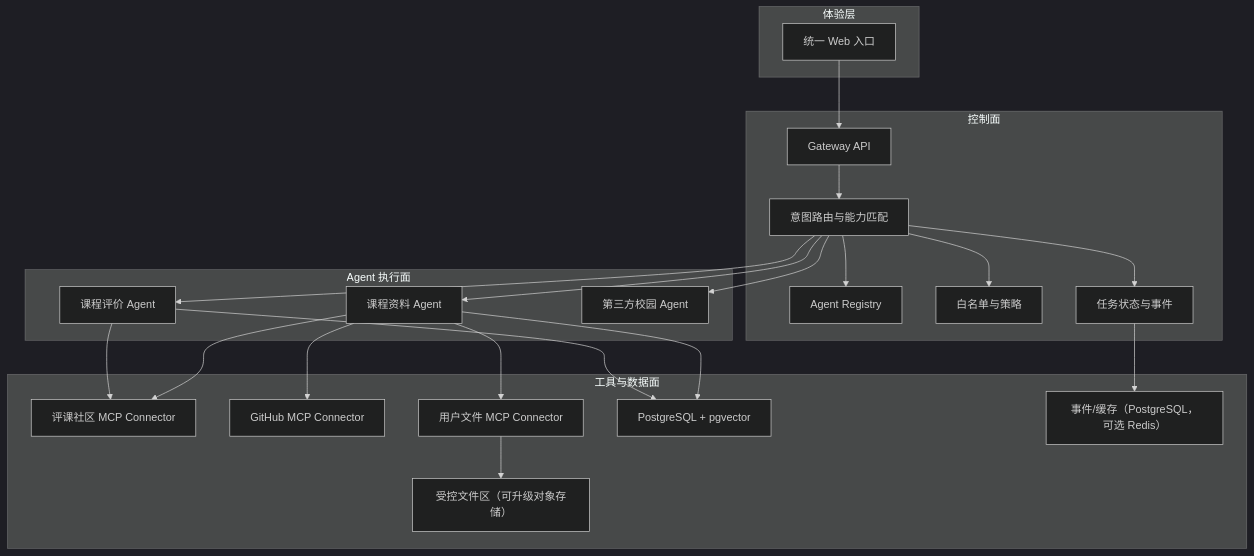
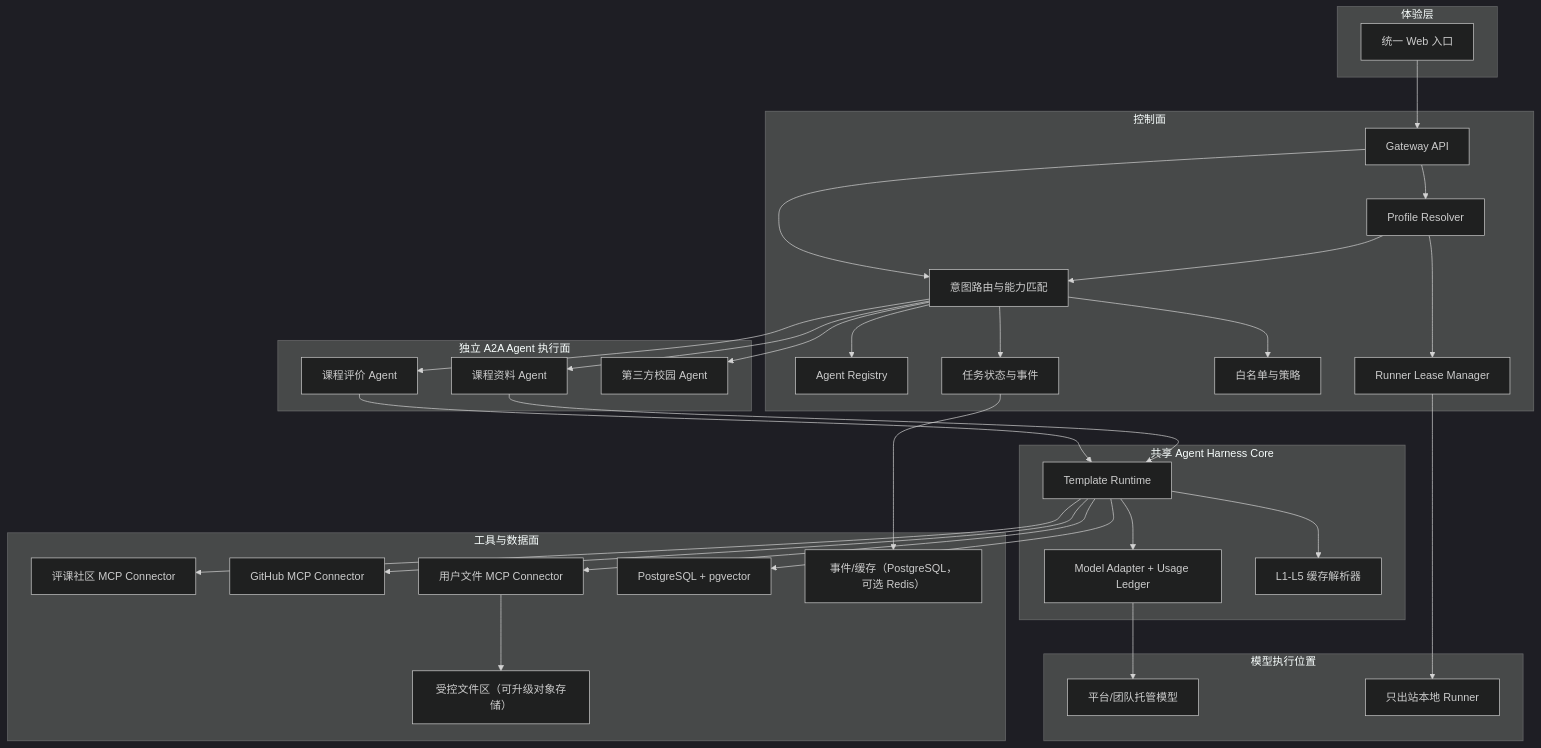
The first of 2 diagrams in docs/architecture/overview.md (xytsakura/ai-for-better-life-in-ustc), drawn with Mermaid (dark theme) before and after one commit. The commit also changed other lines of this file and 15 other files, not shown here.

Commit message:
docs: add personal agent harness and hybrid model runtime

````diff
--- a/docs/architecture/overview.md
+++ b/docs/architecture/overview.md
@@ -27,46 +31,66 @@
 ```mermaid
 flowchart TB
     subgraph UX["体验层"]
         WEB["统一 Web 入口"]
     end
 
     subgraph CONTROL["控制面"]
         API["Gateway API"]
         ROUTER["意图路由与能力匹配"]
         REGISTRY["Agent Registry"]
+        PROFILES["Profile Resolver"]
+        LEASE["Runner Lease Manager"]
         POLICY["白名单与策略"]
         TASKS["任务状态与事件"]
     end
 
-    subgraph AGENTS["Agent 执行面"]
+    subgraph HARNESS["共享 Agent Harness Core"]
+        RUNTIME["Template Runtime"]
+        MODELS["Model Adapter + Usage Ledger"]
+        HCACHE["L1-L5 缓存解析器"]
+    end
+
+    subgraph AGENTS["独立 A2A Agent 执行面"]
         COURSE["课程评价 Agent"]
         STUDY["课程资料 Agent"]
         THIRD["第三方校园 Agent"]
+    end
+
+    subgraph EXEC["模型执行位置"]
+        MANAGED["平台/团队托管模型"]
+        RUNNER["只出站本地 Runner"]
     end
 
     subgraph TOOLS["工具与数据面"]
         ICOURSE["评课社区 MCP Connector"]
         GITHUB["GitHub MCP Connector"]
         FILES["用户文件 MCP Connector"]
         DB["PostgreSQL + pgvector"]
         CACHE["事件/缓存（PostgreSQL，可选 Redis）"]
         OBJECTS["受控文件区（可升级对象存储）"]
     end
 
     WEB --> API
+    API --> PROFILES
     API --> ROUTER
     ROUTER --> REGISTRY
     ROUTER --> POLICY
     ROUTER --> TASKS
+    PROFILES --> ROUTER
     ROUTER --> COURSE
     ROUTER --> STUDY
     ROUTER --> THIRD
-    COURSE --> ICOURSE
-    STUDY --> ICOURSE
-    STUDY --> GITHUB
-    STUDY --> FILES
-    COURSE --> DB
-    STUDY --> DB
+    COURSE --> RUNTIME
+    STUDY --> RUNTIME
+    RUNTIME --> MODELS
+    RUNTIME --> HCACHE
+    MODELS --> MANAGED
+    LEASE --> RUNNER
+    PROFILES --> LEASE
+    RUNTIME --> ICOURSE
+    RUNTIME --> GITHUB
+    RUNTIME --> FILES
+    RUNTIME --> DB
     TASKS --> CACHE
     FILES --> OBJECTS
 ```
````
